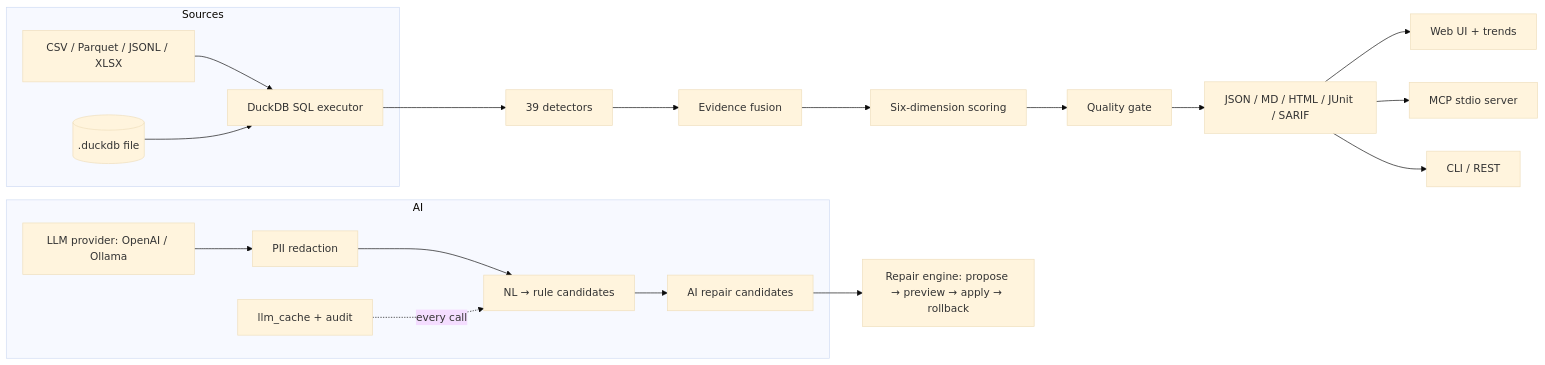
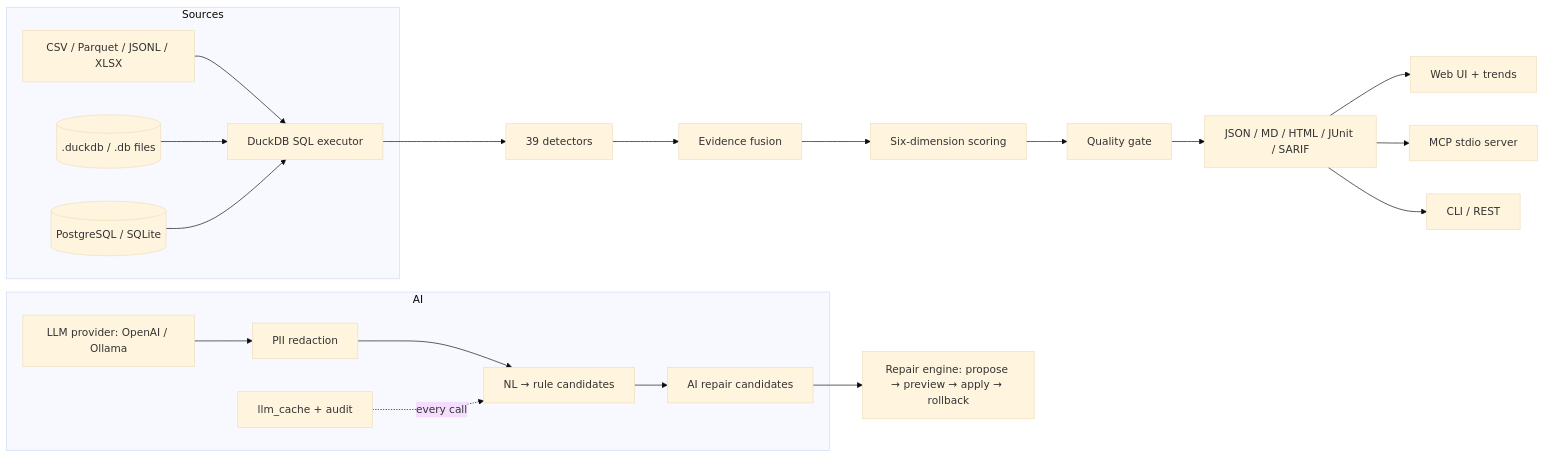
Before and after one commit to Jackxiaozhiren/datasentry: the diagram in README.md, drawn with Mermaid (base theme). The commit also changed other lines of this file and 8 other files, not shown here.

````diff
--- a/README.md
+++ b/README.md
@@ -75,25 +85,26 @@
 ```mermaid
 flowchart LR
     subgraph Sources
         CSV[CSV / Parquet / JSONL / XLSX] --> Exec[DuckDB SQL executor]
-        DDB[(.duckdb file)] --> Exec
+        DDB[(.duckdb / .db files)] --> Exec
+        PG[(PostgreSQL / SQLite)] --> Exec
     end
     Exec --> Dets[39 detectors]
     Dets --> Fuse[Evidence fusion]
     Fuse --> Score[Six-dimension scoring]
     Score --> Gate[Quality gate]
     Gate --> Report[JSON / MD / HTML / JUnit / SARIF]
     Report --> UI[Web UI + trends]
     Report --> MCP[MCP stdio server]
     Report --> CLI[CLI / REST]
     subgraph AI
         LLM[LLM provider: OpenAI / Ollama]
         Red[PII redaction]
         Audit[llm_cache + audit]
         LLM --> Red
         Red --> Rules[NL → rule candidates]
         Rules --> Repair[AI repair candidates]
         Audit -.->|every call| Rules
     end
     Repair --> RepairEngine[Repair engine: propose → preview → apply → rollback]
 ```
````
